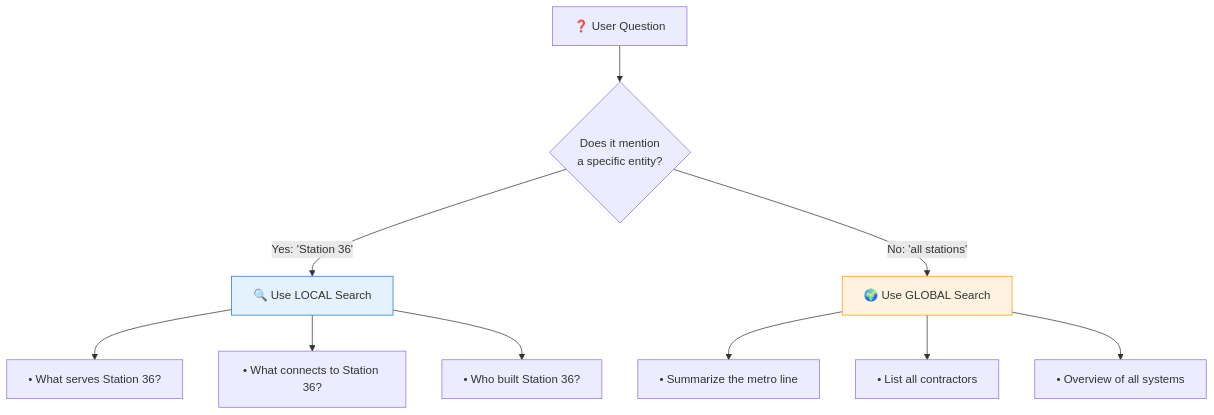
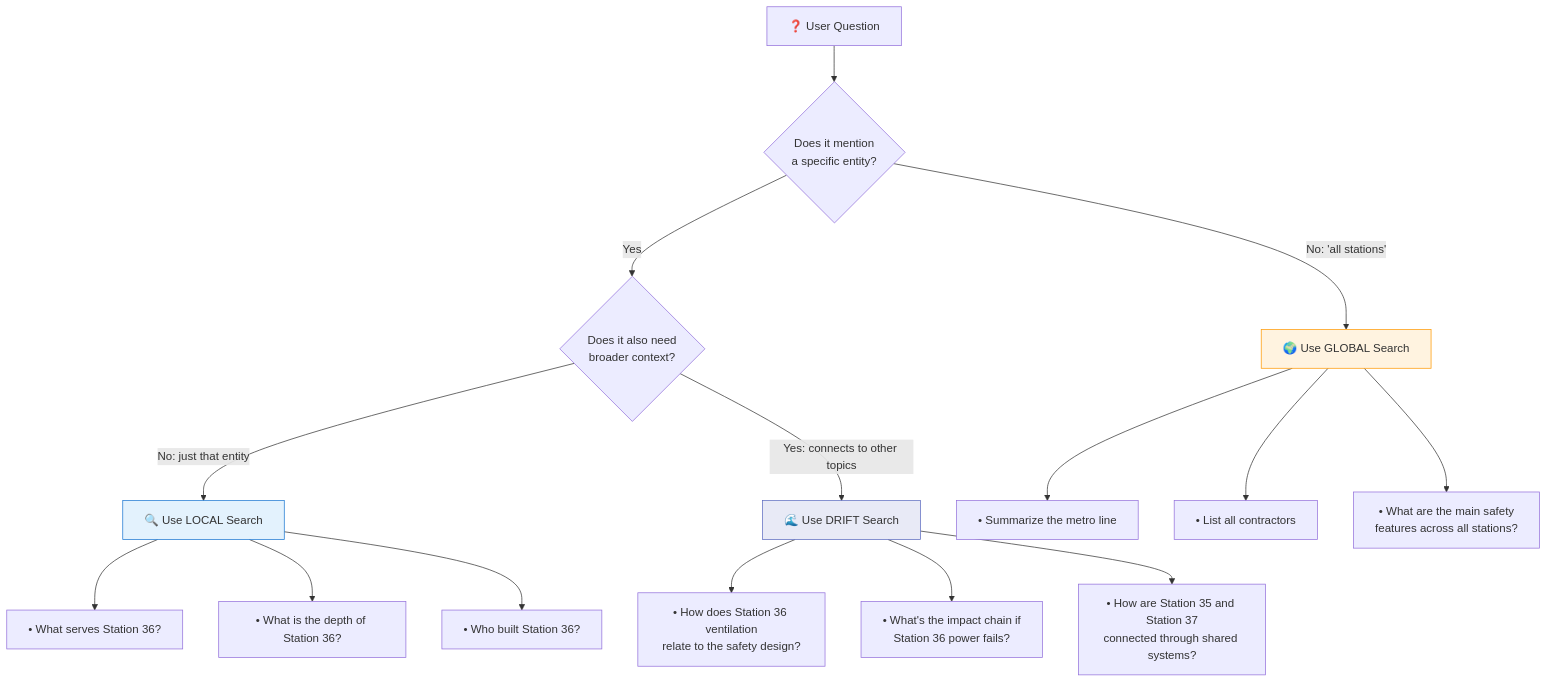
Before and after one commit to roie9876/RAG-WorkShop: the fourth of 5 diagrams in modules/module-6-graphrag/README.md, drawn with Mermaid. The commit also changed other lines of this file and 1 other file, not shown here.

````diff
--- a/modules/module-6-graphrag/README.md
+++ b/modules/module-6-graphrag/README.md
@@ -275,18 +333,26 @@
 ```mermaid
 flowchart TB
     Q["❓ User Question"] --> CHECK{"Does it mention<br/>a specific entity?"}
     
-    CHECK -->|"Yes: 'Station 36'"| LOCAL["🔍 Use LOCAL Search"]
+    CHECK -->|"Yes"| SPECIFIC{"Does it also need<br/>broader context?"}
     CHECK -->|"No: 'all stations'"| GLOBAL["🌍 Use GLOBAL Search"]
     
+    SPECIFIC -->|"No: just that entity"| LOCAL["🔍 Use LOCAL Search"]
+    SPECIFIC -->|"Yes: connects to other topics"| DRIFT["🌊 Use DRIFT Search"]
+    
     LOCAL --> L1["• What serves Station 36?"]
-    LOCAL --> L2["• What connects to Station 36?"]
+    LOCAL --> L2["• What is the depth of Station 36?"]
     LOCAL --> L3["• Who built Station 36?"]
+    
+    DRIFT --> D1["• How does Station 36 ventilation\nrelate to the safety design?"]
+    DRIFT --> D2["• What's the impact chain if\nStation 36 power fails?"]
+    DRIFT --> D3["• How are Station 35 and Station 37\nconnected through shared systems?"]
     
     GLOBAL --> G1["• Summarize the metro line"]
     GLOBAL --> G2["• List all contractors"]
-    GLOBAL --> G3["• Overview of all systems"]
+    GLOBAL --> G3["• What are the main safety\nfeatures across all stations?"]
     
     style LOCAL fill:#e3f2fd,stroke:#1976d2
+    style DRIFT fill:#e8eaf6,stroke:#5c6bc0
     style GLOBAL fill:#fff3e0,stroke:#ff9800
 ```
````
